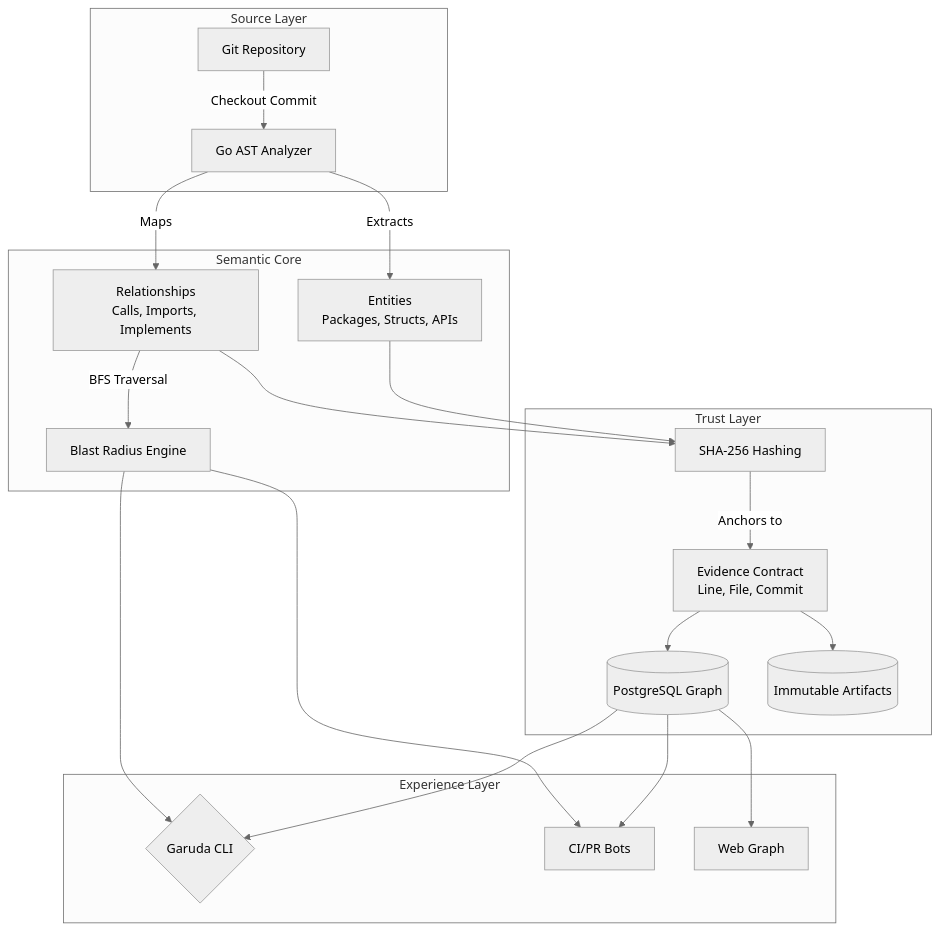
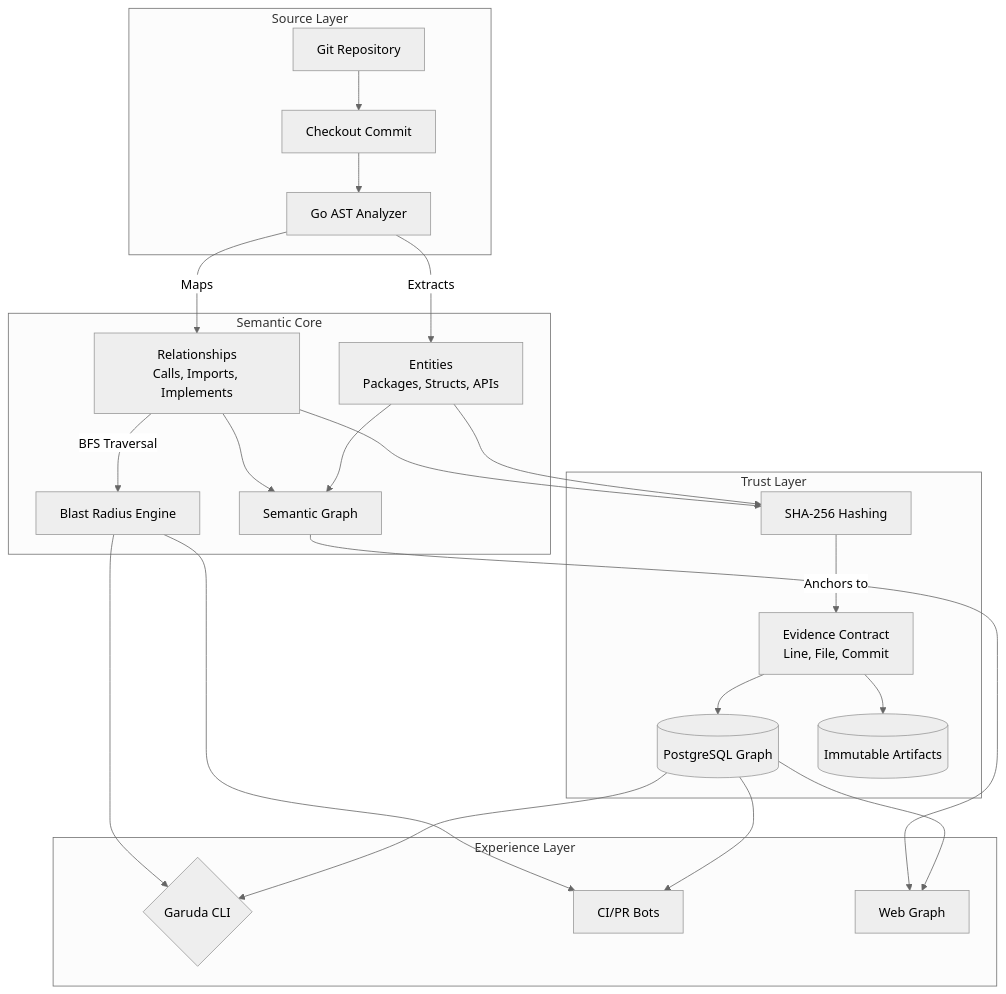
One commit to myshra777-ai/garuda changed the second of 7 diagrams in README.md. Above: the diagram before and after it, drawn with Mermaid (neutral theme). The commit also changed other lines of this file, not shown here.

````diff
--- a/README.md
+++ b/README.md
@@ -95,28 +160,32 @@
 ```mermaid
 graph TD
-    subgraph Source Layer
-        Git[Git Repository] --> |Checkout Commit| AST[Go AST Analyzer]
+    subgraph Source["Source Layer"]
+        Git[Git Repository] --> Checkout[Checkout Commit]
+        Checkout --> AST[Go AST Analyzer]
     end
 
-    subgraph Semantic Core
+    subgraph Semantic["Semantic Core"]
         AST --> |Extracts| E[Entities<br/>Packages, Structs, APIs]
         AST --> |Maps| R[Relationships<br/>Calls, Imports, Implements]
         R --> |BFS Traversal| Impact[Blast Radius Engine]
+        E --> Graph[Semantic Graph]
+        R --> Graph
     end
 
-    subgraph Trust Layer
+    subgraph Trust["Trust Layer"]
         E --> Hash[SHA-256 Hashing]
         R --> Hash
         Hash --> |Anchors to| Ev[Evidence Contract<br/>Line, File, Commit]
         Ev --> Postgres[(PostgreSQL Graph)]
         Ev --> JSONB[(Immutable Artifacts)]
     end
 
-    subgraph Experience Layer
+    subgraph Experience["Experience Layer"]
         Postgres --> CLI{Garuda CLI}
         Postgres --> CI[CI/PR Bots]
         Postgres --> GUI[Web Graph]
         Impact --> CLI
         Impact --> CI
+        Graph --> GUI
     end
 ```
````
